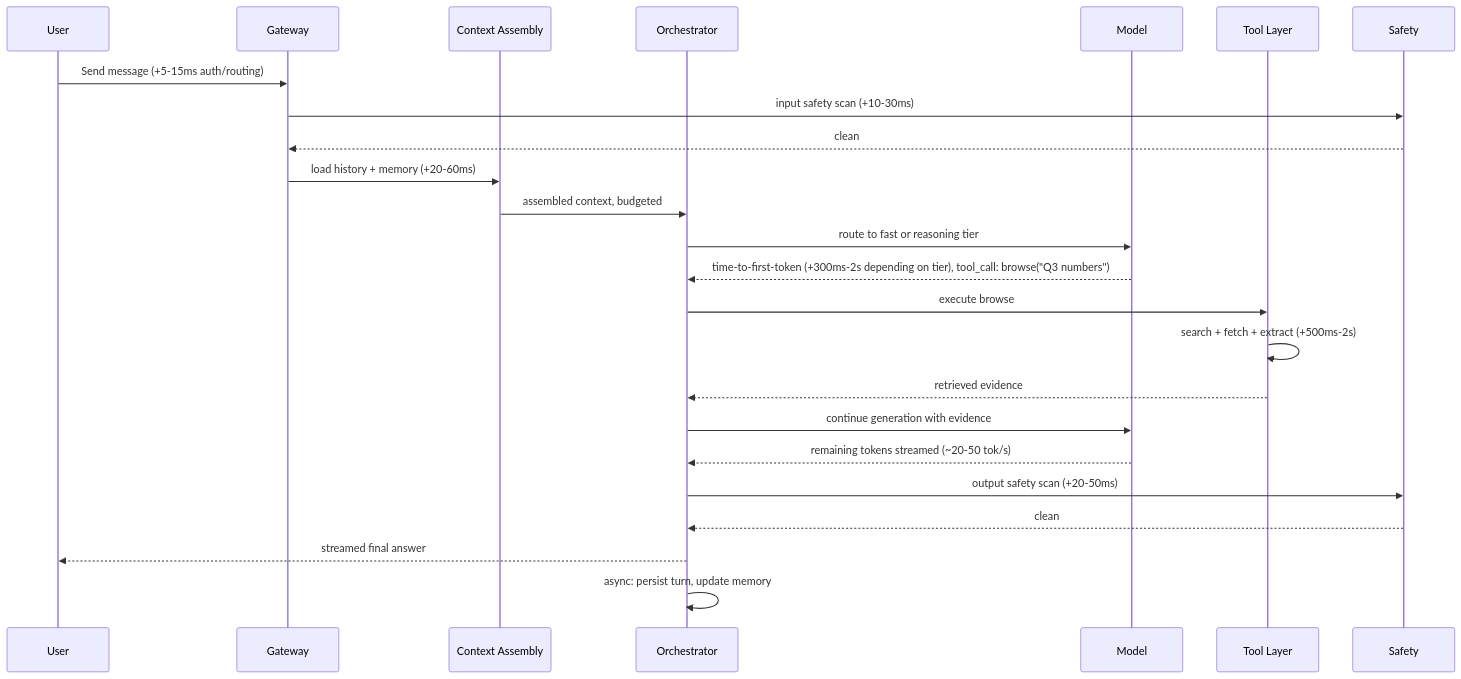
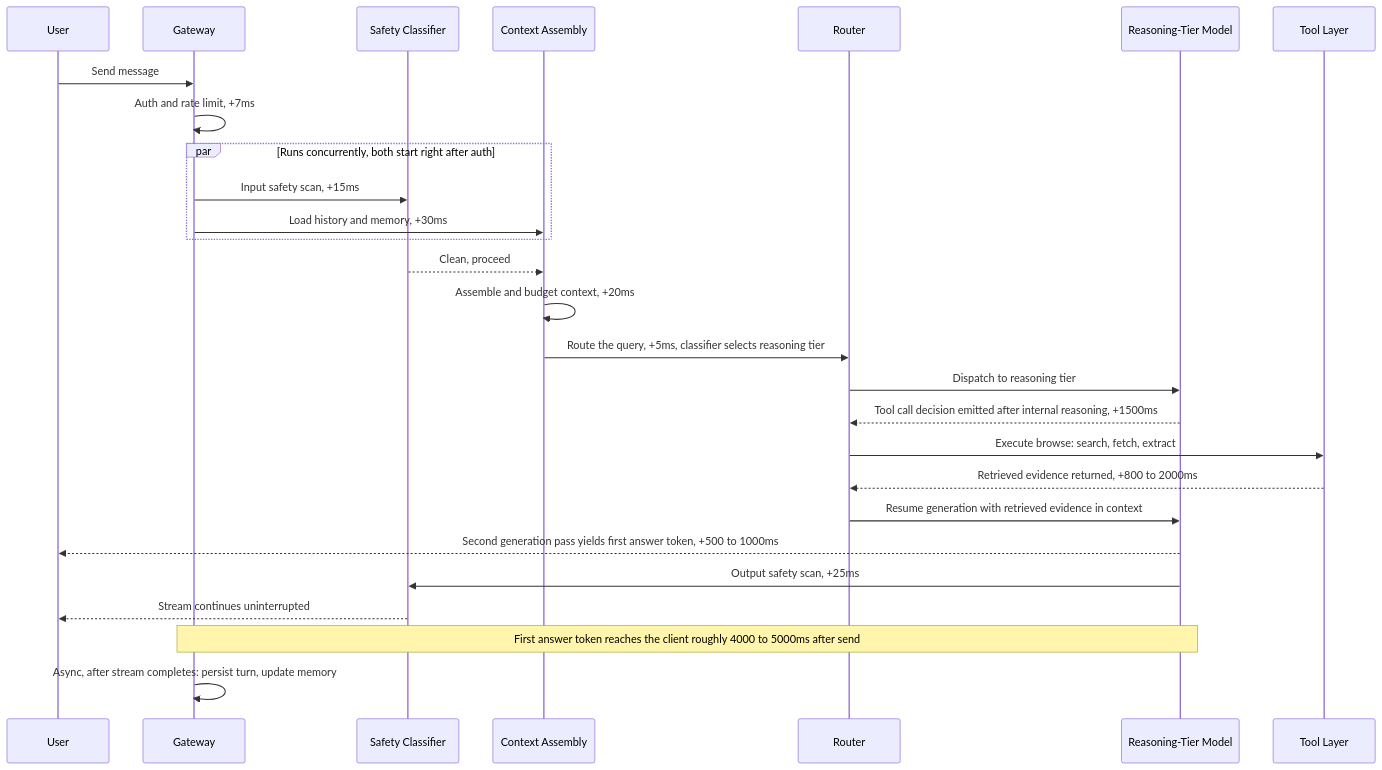
Before and after one commit to GyanendraChaubey/AI-System-Design-Notes: the third of 4 diagrams in docs/25-case-studies/01-chatgpt.md, drawn with Mermaid. The commit also changed other lines of this file and 30 other files, not shown here.

````diff
--- a/docs/25-case-studies/01-chatgpt.md
+++ b/docs/25-case-studies/01-chatgpt.md
@@ -137,27 +193,30 @@
 ```mermaid
 sequenceDiagram
     participant U as User
     participant GW as Gateway
+    participant SAFE as Safety Classifier
     participant CTX as Context Assembly
-    participant ORC as Orchestrator
-    participant MOD as Model
+    participant RT as Router
+    participant MOD as Reasoning-Tier Model
     participant TL as Tool Layer
-    participant SAFE as Safety
 
-    U->>GW: Send message (+5-15ms auth/routing)
-    GW->>SAFE: input safety scan (+10-30ms)
-    SAFE-->>GW: clean
-    GW->>CTX: load history + memory (+20-60ms)
-    CTX->>ORC: assembled context, budgeted
-    ORC->>MOD: route to fast or reasoning tier
-    MOD-->>ORC: time-to-first-token (+300ms-2s depending on tier), tool_call: browse("Q3 numbers")
-    ORC->>TL: execute browse
-    TL->>TL: search + fetch + extract (+500ms-2s)
-    TL-->>ORC: retrieved evidence
-    ORC->>MOD: continue generation with evidence
-    MOD-->>ORC: remaining tokens streamed (~20-50 tok/s)
-    ORC->>SAFE: output safety scan (+20-50ms)
-    SAFE-->>ORC: clean
-    ORC-->>U: streamed final answer
-    ORC->>ORC: async: persist turn, update memory
+    U->>GW: Send message
+    GW->>GW: Auth and rate limit, +7ms
+    par Runs concurrently, both start right after auth
+        GW->>SAFE: Input safety scan, +15ms
+        GW->>CTX: Load history and memory, +30ms
+    end
+    SAFE-->>CTX: Clean, proceed
+    CTX->>CTX: Assemble and budget context, +20ms
+    CTX->>RT: Route the query, +5ms, classifier selects reasoning tier
+    RT->>MOD: Dispatch to reasoning tier
+    MOD-->>RT: Tool call decision emitted after internal reasoning, +1500ms
+    RT->>TL: Execute browse: search, fetch, extract
+    TL-->>RT: Retrieved evidence returned, +800 to 2000ms
+    RT->>MOD: Resume generation with retrieved evidence in context
+    MOD-->>U: Second generation pass yields first answer token, +500 to 1000ms
+    MOD->>SAFE: Output safety scan, +25ms
+    SAFE-->>U: Stream continues uninterrupted
+    Note over GW,MOD: First answer token reaches the client roughly 4000 to 5000ms after send
+    GW->>GW: Async, after stream completes: persist turn, update memory
 ```
````
